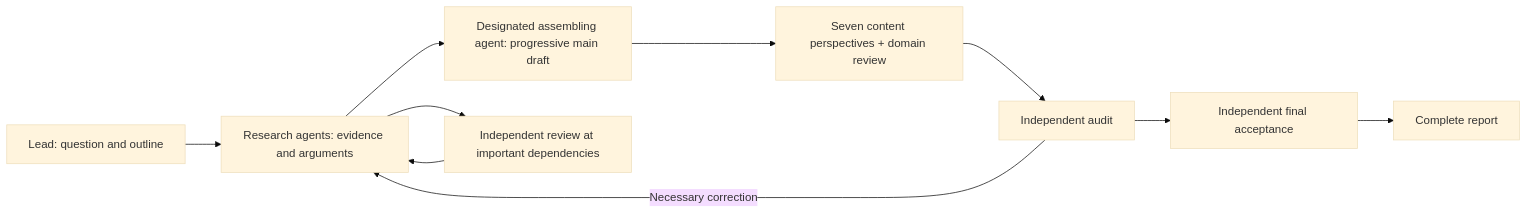
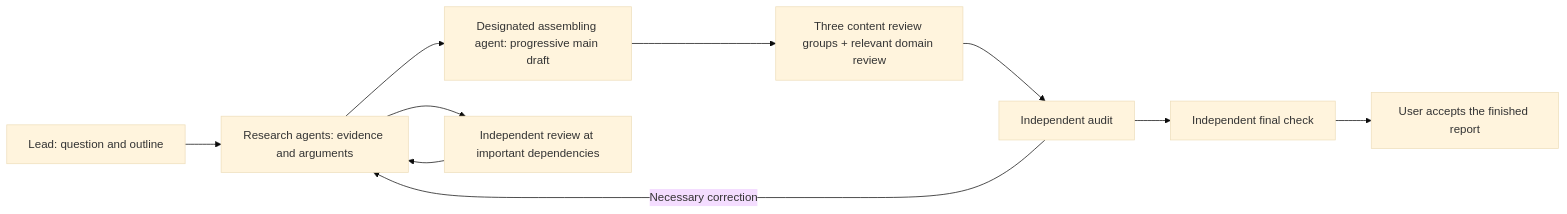
Before and after one commit to rrrrrredy/research-toolkit: the diagram in README.md, drawn with Mermaid (base theme). The commit also changed other lines of this file and 99 other files, not shown here.

Commit message:
Run independent research review to human acceptance

````diff
--- a/README.md
+++ b/README.md
@@ -26,12 +28,12 @@
 ```mermaid
 flowchart LR
   L[Lead: question and outline] --> R[Research agents: evidence and arguments]
   R --> W[Designated assembling agent: progressive main draft]
   R --> U[Independent review at important dependencies]
   U --> R
-  W --> V[Seven content perspectives + domain review]
+  W --> V[Three content review groups + relevant domain review]
   V --> A[Independent audit]
-  A --> F[Independent final acceptance]
+  A --> F[Independent final check]
   A -->|Necessary correction| R
-  F --> D[Complete report]
+  F --> D[User accepts the finished report]
 ```
````
